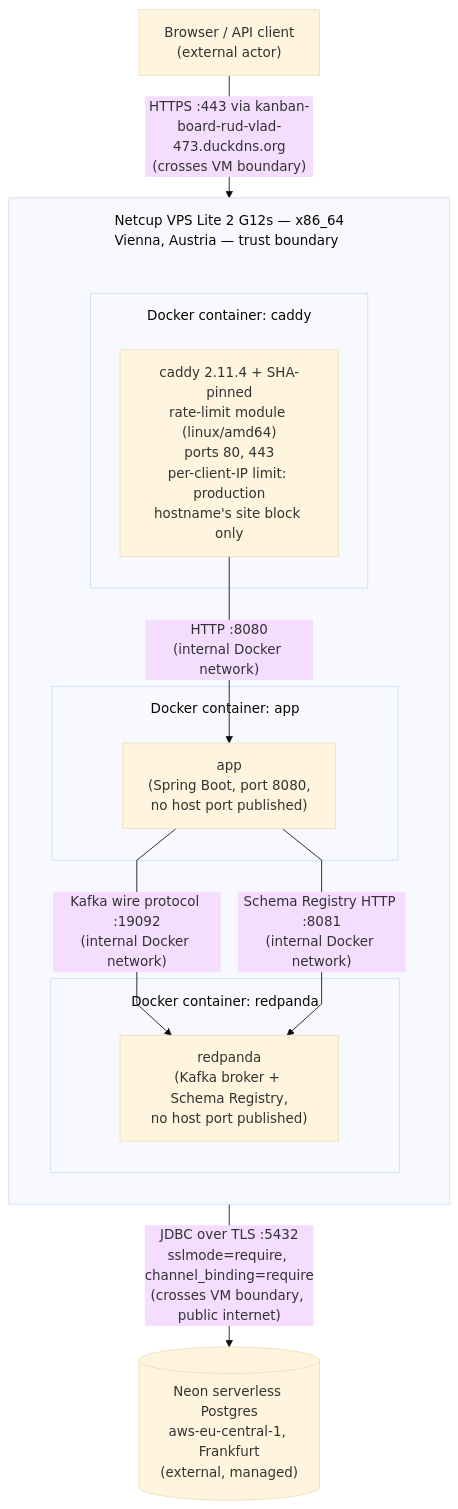
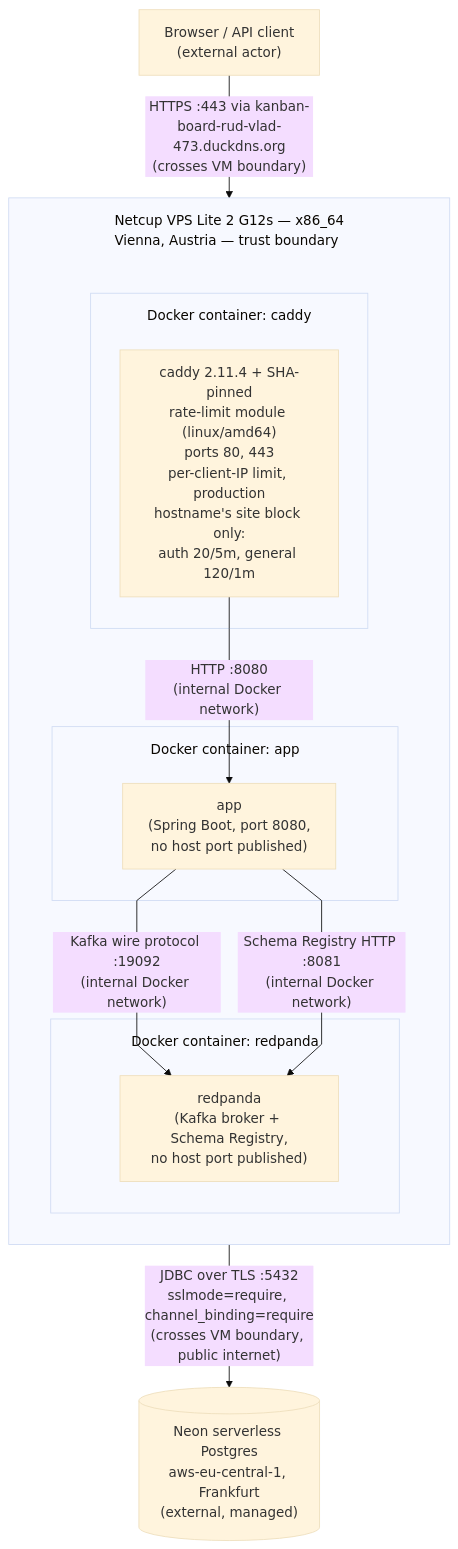
The diagram in docs/diagrams/infra-physical-deployment.mmd (RudVlad473/kanban-board-backend), drawn with Mermaid (base theme) before and after one commit. The commit also changed 5 other files, not shown here.

First line of the commit message:
docs(260903-dvp): reflect the review fixes in infra docs and both diagrams

```diff
--- a/docs/diagrams/infra-physical-deployment.mmd
+++ b/docs/diagrams/infra-physical-deployment.mmd
@@ -1,30 +1,30 @@
 %%{init: {"flowchart": {"subGraphTitleMargin": {"top": 15, "bottom": 15}, "curve": "linear"}}}%%
 flowchart TB
     client["Browser / API client<br/>(external actor)"]
 
     subgraph netcup["Netcup VPS Lite 2 G12s — x86_64<br/>Vienna, Austria — trust boundary"]
         direction TB
 
         netcup_spacer[" "]
         style netcup_spacer height:1px,fill:none,stroke:none
 
         subgraph caddy_box["Docker container: caddy"]
-            caddy["caddy 2.11.4 + SHA-pinned<br/>rate-limit module (linux/amd64)<br/>ports 80, 443<br/>per-client-IP limit: production<br/>hostname's site block only"]
+            caddy["caddy 2.11.4 + SHA-pinned<br/>rate-limit module (linux/amd64)<br/>ports 80, 443<br/>per-client-IP limit, production<br/>hostname's site block only:<br/>auth 20/5m, general 120/1m"]
         end
         netcup_spacer ~~~ caddy_box
         subgraph app_box["Docker container: app"]
             app["app<br/>(Spring Boot, port 8080,<br/>no host port published)"]
         end
         subgraph redpanda_box["Docker container: redpanda"]
             redpanda["redpanda<br/>(Kafka broker + Schema Registry,<br/>no host port published)"]
         end
 
         caddy -- "HTTP :8080<br/>(internal Docker network)" --> app
         app -- "Kafka wire protocol :19092<br/>(internal Docker network)" --> redpanda
         app -- "Schema Registry HTTP :8081<br/>(internal Docker network)" --> redpanda
     end
 
     neon[("Neon serverless Postgres<br/>aws-eu-central-1, Frankfurt<br/>(external, managed)")]
 
     client -- "HTTPS :443 via kanban-board-rud-vlad-473.duckdns.org<br/>(crosses VM boundary)" --> caddy
     app -- "JDBC over TLS :5432<br/>sslmode=require, channel_binding=require<br/>(crosses VM boundary, public internet)" --> neon
```
